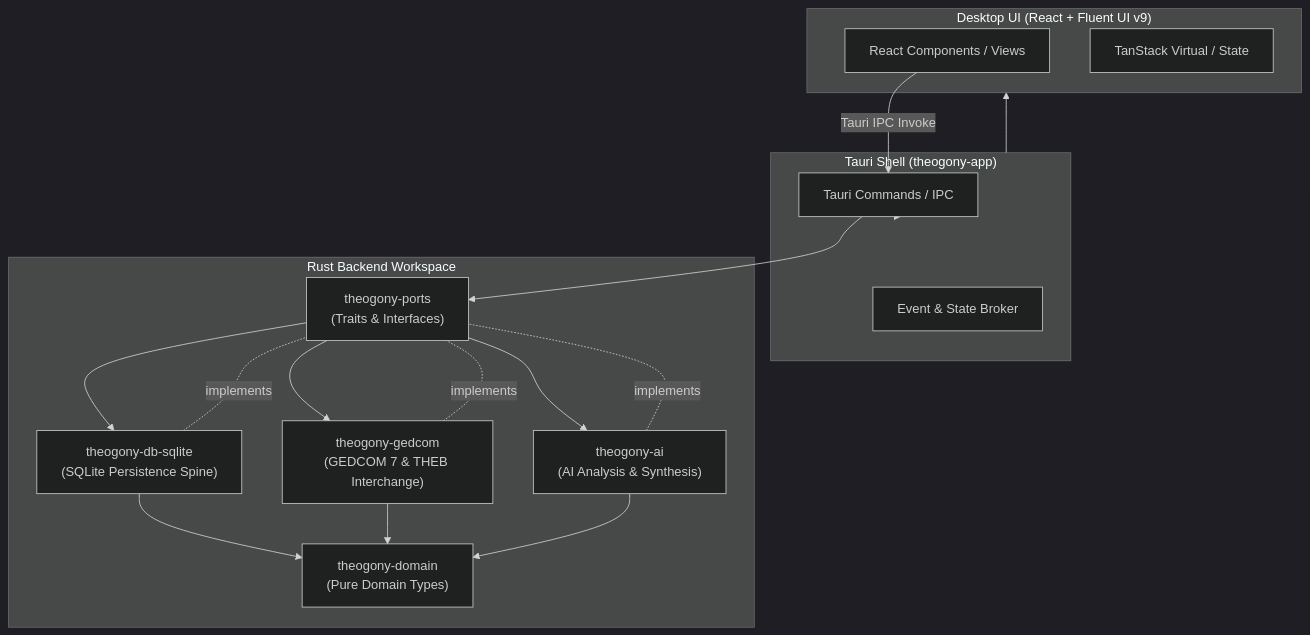
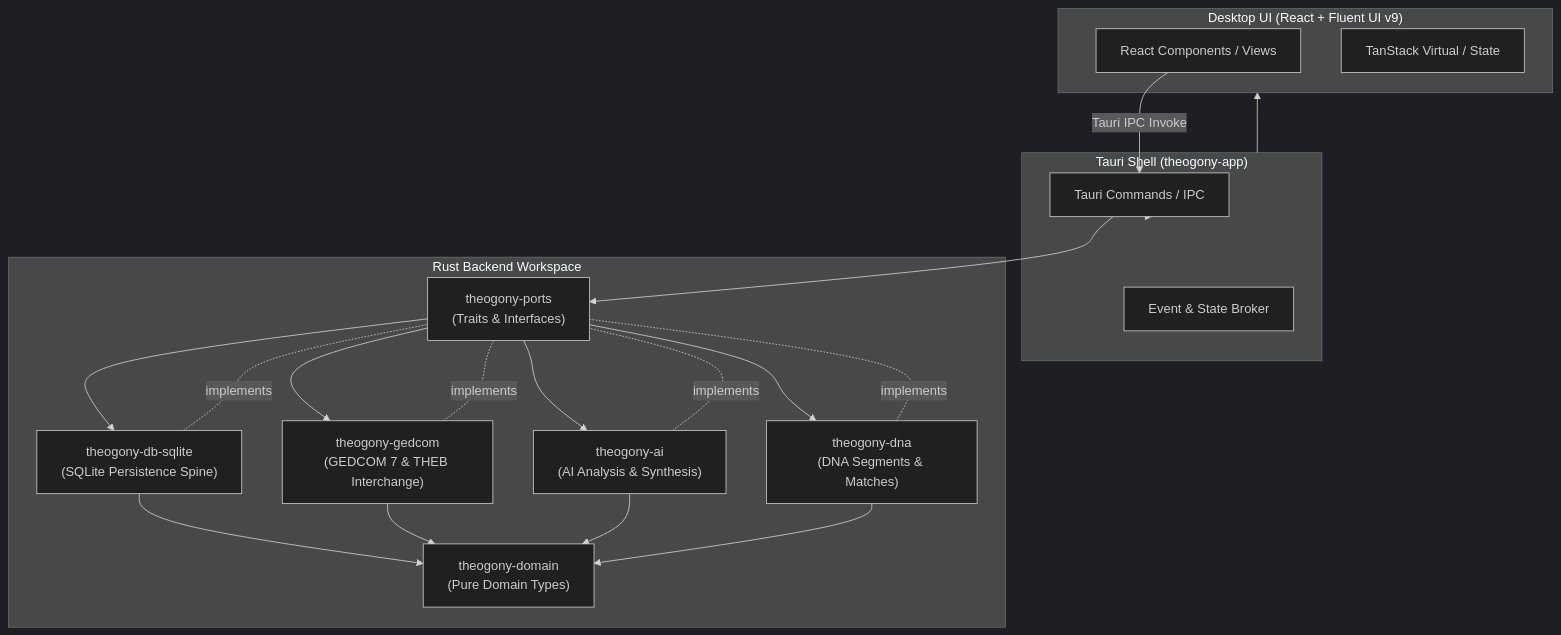
Before and after one commit to alerum68/Theogony: the diagram in openwiki/architecture/system-overview.md, drawn with Mermaid (dark theme). The commit also changed other lines of this file and 12 other files, not shown here.

````diff
--- a/openwiki/architecture/system-overview.md
+++ b/openwiki/architecture/system-overview.md
@@ -35,34 +35,38 @@
 ```mermaid
 graph TD
     subgraph UI ["Desktop UI (React + Fluent UI v9)"]
         React[React Components / Views]
         TanStack[TanStack Virtual / State]
     end
 
     subgraph Tauri ["Tauri Shell (theogony-app)"]
         Commands[Tauri Commands / IPC]
         Events[Event & State Broker]
     end
 
     subgraph Backend ["Rust Backend Workspace"]
         Ports["theogony-ports\n(Traits & Interfaces)"]
         Domain["theogony-domain\n(Pure Domain Types)"]
         DB["theogony-db-sqlite\n(SQLite Persistence Spine)"]
         Gedcom["theogony-gedcom\n(GEDCOM 7 & THEB Interchange)"]
         AI["theogony-ai\n(AI Analysis & Synthesis)"]
+        DNA["theogony-dna\n(DNA Segments & Matches)"]
     end
 
     React -->|Tauri IPC Invoke| Commands
     Commands --> Ports
     Ports --> DB
     Ports --> Gedcom
     Ports --> AI
+    Ports --> DNA
     DB -. implements .- Ports
     Gedcom -. implements .- Ports
     AI -. implements .- Ports
+    DNA -. implements .- Ports
     DB --> Domain
     Gedcom --> Domain
     AI --> Domain
+    DNA --> Domain
     Commands --> Tauri
     Tauri --> UI
 ```
````
